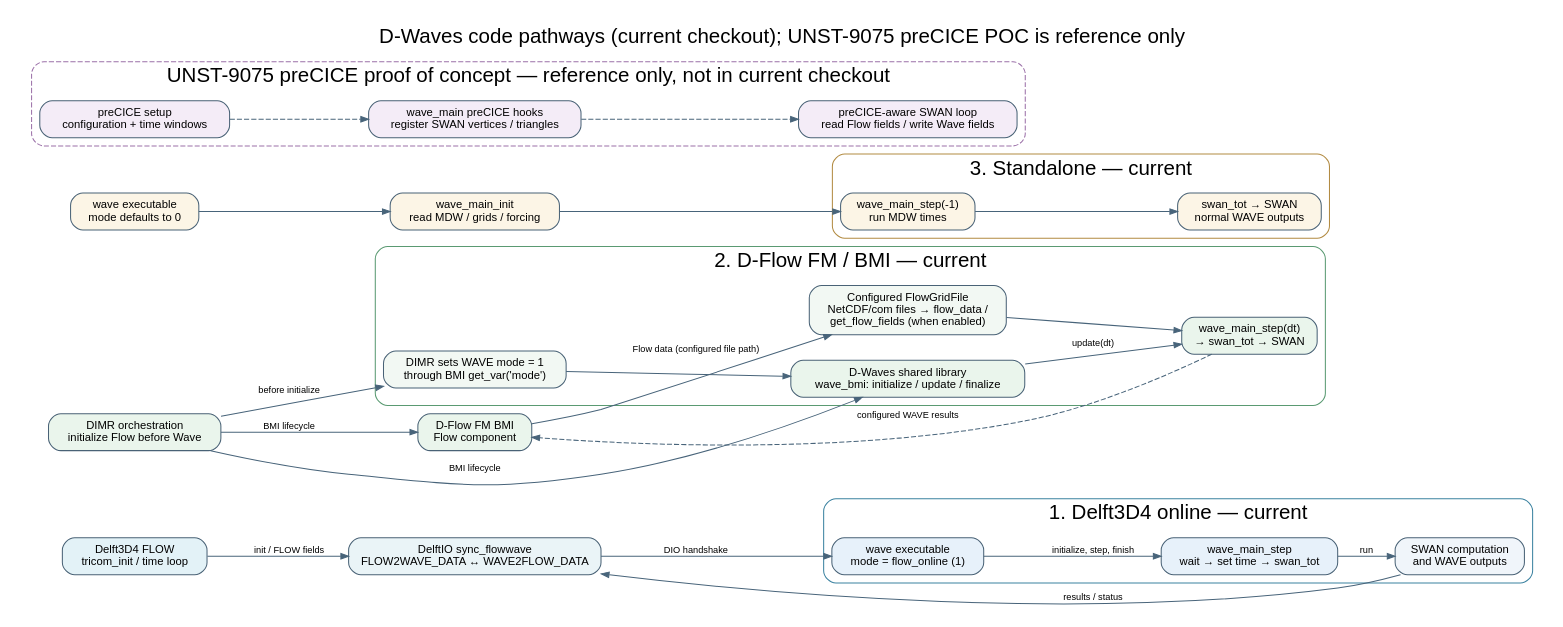
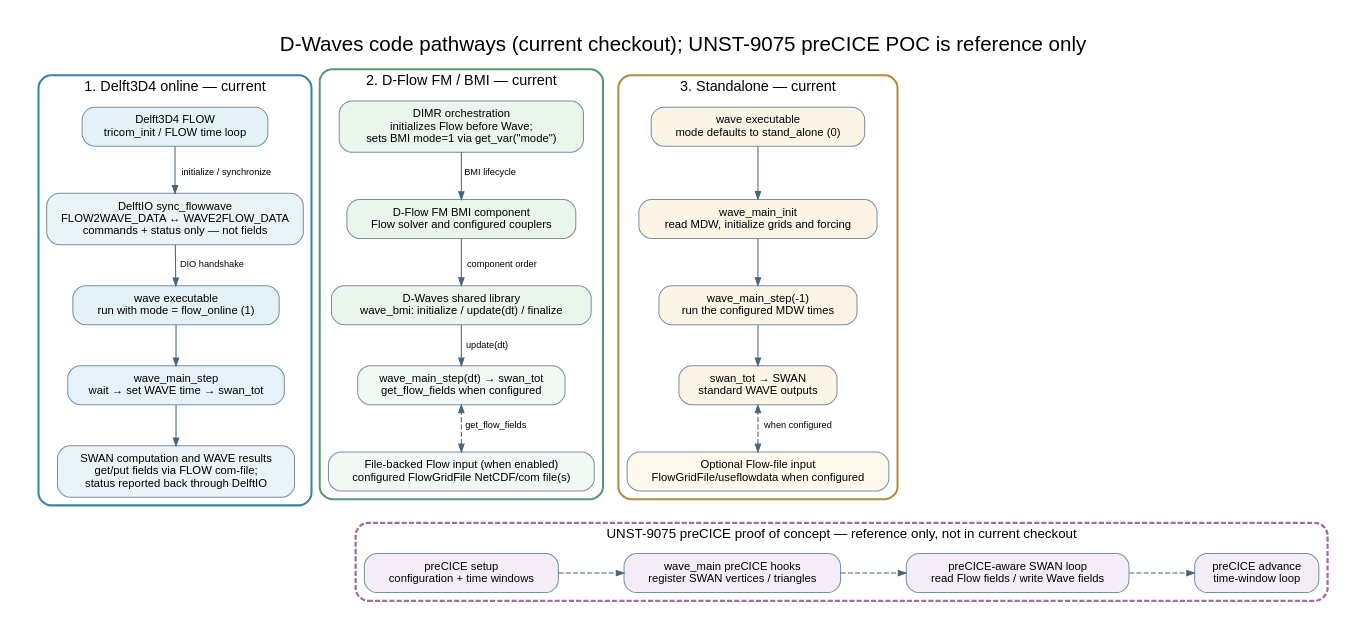
One commit to Deltares/Delft3D changed the diagram in src/engines_gpl/wave/docs/source/dwaves_code_pathways.dot. Above: the diagram before and after it, drawn with Graphviz. The commit also changed 8 other files, not shown here.

Commit message:
Added more copilot generated details and diagrams, still pending human review

```diff
--- a/src/engines_gpl/wave/docs/source/dwaves_code_pathways.dot
+++ b/src/engines_gpl/wave/docs/source/dwaves_code_pathways.dot
@@ -1,76 +1,92 @@
 digraph dwaves_code_pathways {
     graph [
         label="D-Waves code pathways (current checkout); UNST-9075 preCICE POC is reference only",
         labelloc=t,
         fontsize=20,
         fontname="Helvetica",
-        rankdir=LR,
+        rankdir=TB,
         compound=true,
-        nodesep=0.35,
-        ranksep=0.55,
-        pad=0.2,
+        newrank=true,
+        nodesep=0.45,
+        ranksep=0.4,
+        pad=0.3,
         bgcolor="white"
     ];
-    node [shape=box, style="rounded,filled", fontname="Helvetica", fontsize=11, margin="0.14,0.09", color="#496276"];
+    node [shape=box, style="rounded,filled", fontname="Helvetica", fontsize=11, margin="0.16,0.10", color="#7890A2"];
     edge [fontname="Helvetica", fontsize=9, color="#48647A", arrowsize=0.75];
 
     subgraph cluster_d4 {
         label="1. Delft3D4 online — current";
+        fontsize=14;
         color="#3B82A0";
+        penwidth=2;
         style="rounded";
-        flow4 [label="Delft3D4 FLOW\ntricom_init / time loop", fillcolor="#E3F2F7"];
-        dio [label="DelftIO sync_flowwave\nFLOW2WAVE_DATA ↔ WAVE2FLOW_DATA", fillcolor="#EAF4F7"];
-        wave4 [label="wave executable\nmode = flow_online (1)", fillcolor="#E7F1FA"];
-        manager4 [label="wave_main_step\nwait → set time → swan_tot", fillcolor="#E7F1FA"];
-        swan4 [label="SWAN computation\nand WAVE outputs", fillcolor="#F0F5FA"];
-        flow4 -> dio [label="init / FLOW fields"];
+        flow4    [label="Delft3D4 FLOW\ntricom_init / FLOW time loop", fillcolor="#E3F2F7"];
+        dio      [label="DelftIO sync_flowwave\nFLOW2WAVE_DATA ↔ WAVE2FLOW_DATA\ncommands + status only — not fields", fillcolor="#EAF4F7"];
+        wave4    [label="wave executable\nrun with mode = flow_online (1)", fillcolor="#E3F2F7"];
+        manager4 [label="wave_main_step\nwait → set WAVE time → swan_tot", fillcolor="#E7F1FA"];
+        swan4    [label="SWAN computation and WAVE results\nget/put fields via FLOW com-file;\nstatus reported back through DelftIO", fillcolor="#EAF4F7"];
+        flow4 -> dio [label="initialize / synchronize"];
         dio -> wave4 [label="DIO handshake"];
-        wave4 -> manager4 [label="initialize, step, finish"];
-        manager4 -> swan4 [label="run"];
-        swan4 -> dio [label="results / status", constraint=false];
+        wave4 -> manager4;
+        manager4 -> swan4;
     }
 
     subgraph cluster_fm {
         label="2. D-Flow FM / BMI — current";
+        fontsize=14;
         color="#5A9A72";
+        penwidth=2;
         style="rounded";
-        dimr [label="DIMR orchestration\ninitialize Flow before Wave", fillcolor="#EAF5EC"];
-        fm [label="D-Flow FM BMI\nFlow component", fillcolor="#EAF5EC"];
-        bmi [label="D-Waves shared library\nwave_bmi: initialize / update / finalize", fillcolor="#EAF5EC"];
-        mode [label="DIMR sets WAVE mode = 1\nthrough BMI get_var('mode')", fillcolor="#F2F8F3"];
-        files [label="Configured FlowGridFile\nNetCDF/com files → flow_data /\nget_flow_fields (when enabled)", fillcolor="#F2F8F3"];
-        swan_fm [label="wave_main_step(dt)\n→ swan_tot → SWAN", fillcolor="#EAF5EC"];
-        dimr -> fm [label="BMI lifecycle"];
-        dimr -> bmi [label="BMI lifecycle"];
-        dimr -> mode [label="before initialize"];
-        mode -> bmi;
-        fm -> files [label="Flow data (configured file path)"];
-        files -> swan_fm;
+        dimr     [label="DIMR orchestration\ninitializes Flow before Wave;\nsets BMI mode=1 via get_var(\"mode\")", fillcolor="#EAF5EC"];
+        fmcomp   [label="D-Flow FM BMI component\nFlow solver and configured couplers", fillcolor="#EAF5EC"];
+        bmi      [label="D-Waves shared library\nwave_bmi: initialize / update(dt) / finalize", fillcolor="#EAF5EC"];
+        swan_fm  [label="wave_main_step(dt) → swan_tot\nget_flow_fields when configured", fillcolor="#F2F8F3"];
+        files_fm [label="File-backed Flow input (when enabled)\nconfigured FlowGridFile NetCDF/com file(s)", fillcolor="#F2F8F3"];
+        dimr -> fmcomp [label="BMI lifecycle"];
+        fmcomp -> bmi [label="component order"];
         bmi -> swan_fm [label="update(dt)"];
-        swan_fm -> fm [label="configured WAVE results", style=dashed, constraint=false];
+        files_fm -> swan_fm [label="get_flow_fields", dir=both, style=dashed];
     }
 
     subgraph cluster_standalone {
         label="3. Standalone — current";
+        fontsize=14;
         color="#B28B42";
+        penwidth=2;
         style="rounded";
-        exe [label="wave executable\nmode defaults to 0", fillcolor="#FCF5E6"];
-        init [label="wave_main_init\nread MDW / grids / forcing", fillcolor="#FCF5E6"];
-        step [label="wave_main_step(-1)\nrun MDW times", fillcolor="#FCF5E6"];
-        swan_solo [label="swan_tot → SWAN\nnormal WAVE outputs", fillcolor="#FCF5E6"];
+        exe       [label="wave executable\nmode defaults to stand_alone (0)", fillcolor="#FCF5E6"];
+        init      [label="wave_main_init\nread MDW, initialize grids and forcing", fillcolor="#FCF5E6"];
+        step      [label="wave_main_step(-1)\nrun the configured MDW times", fillcolor="#FCF5E6"];
+        swan_solo [label="swan_tot → SWAN\nstandard WAVE outputs", fillcolor="#FCF5E6"];
+        flowfile  [label="Optional Flow-file input\nFlowGridFile/useflowdata when configured", fillcolor="#FFF9ED"];
         exe -> init -> step -> swan_solo;
+        flowfile -> swan_solo [label="when configured", dir=both, style=dashed, constraint=false];
     }
 
     subgraph cluster_poc {
         label="UNST-9075 preCICE proof of concept — reference only, not in current checkout";
+        fontsize=13;
         color="#9B70A8";
+        penwidth=2.2;
         style="rounded,dashed";
         precice [label="preCICE setup\nconfiguration + time windows", fillcolor="#F4ECF7"];
-        mesh [label="wave_main preCICE hooks\nregister SWAN vertices / triangles", fillcolor="#F4ECF7"];
-        fields [label="preCICE-aware SWAN loop\nread Flow fields / write Wave fields", fillcolor="#F4ECF7"];
-        precice -> mesh -> fields [style=dashed];
+        mesh    [label="wave_main preCICE hooks\nregister SWAN vertices / triangles", fillcolor="#F4ECF7"];
+        fields  [label="preCICE-aware SWAN loop\nread Flow fields / write Wave fields", fillcolor="#F4ECF7"];
+        advance [label="preCICE advance\ntime-window loop", fillcolor="#F4ECF7"];
+        precice -> mesh -> fields -> advance [style=dashed];
+        { rank=same; precice; mesh; fields; advance; }
     }
 
+    // Align the three current pathways into side-by-side columns, row by row
     { rank=same; flow4; dimr; exe; }
-    { rank=same; dio; fm; init; }
+    { rank=same; dio; fmcomp; init; }
+    { rank=same; wave4; bmi; step; }
+    { rank=same; manager4; swan_fm; swan_solo; }
+    { rank=same; swan4; files_fm; flowfile; }
+
+    // Force the preCICE reference panel to render below the three columns
+    swan4 -> precice [style=invis];
+    files_fm -> precice [style=invis];
+    flowfile -> precice [style=invis];
 }
```
